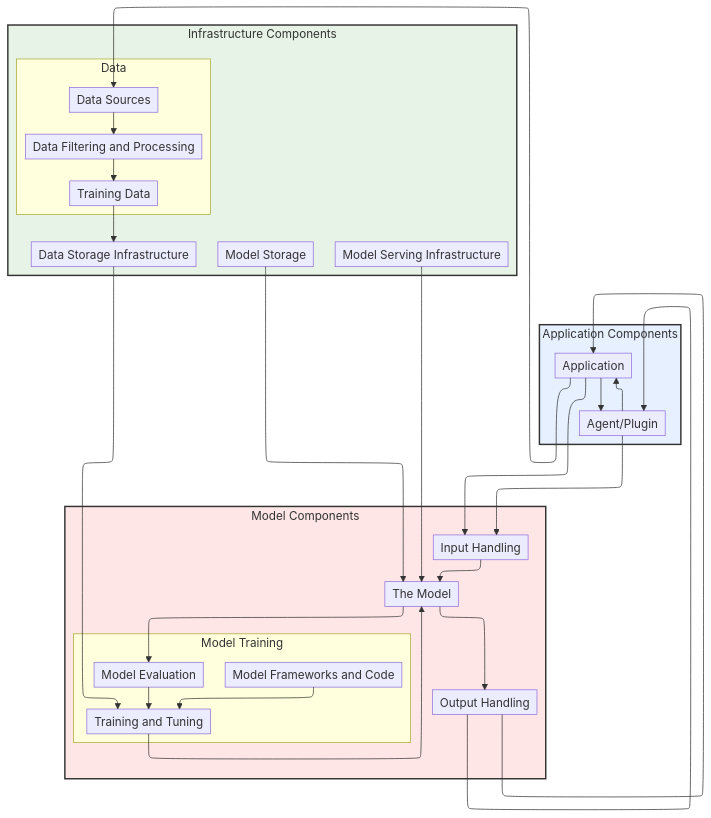
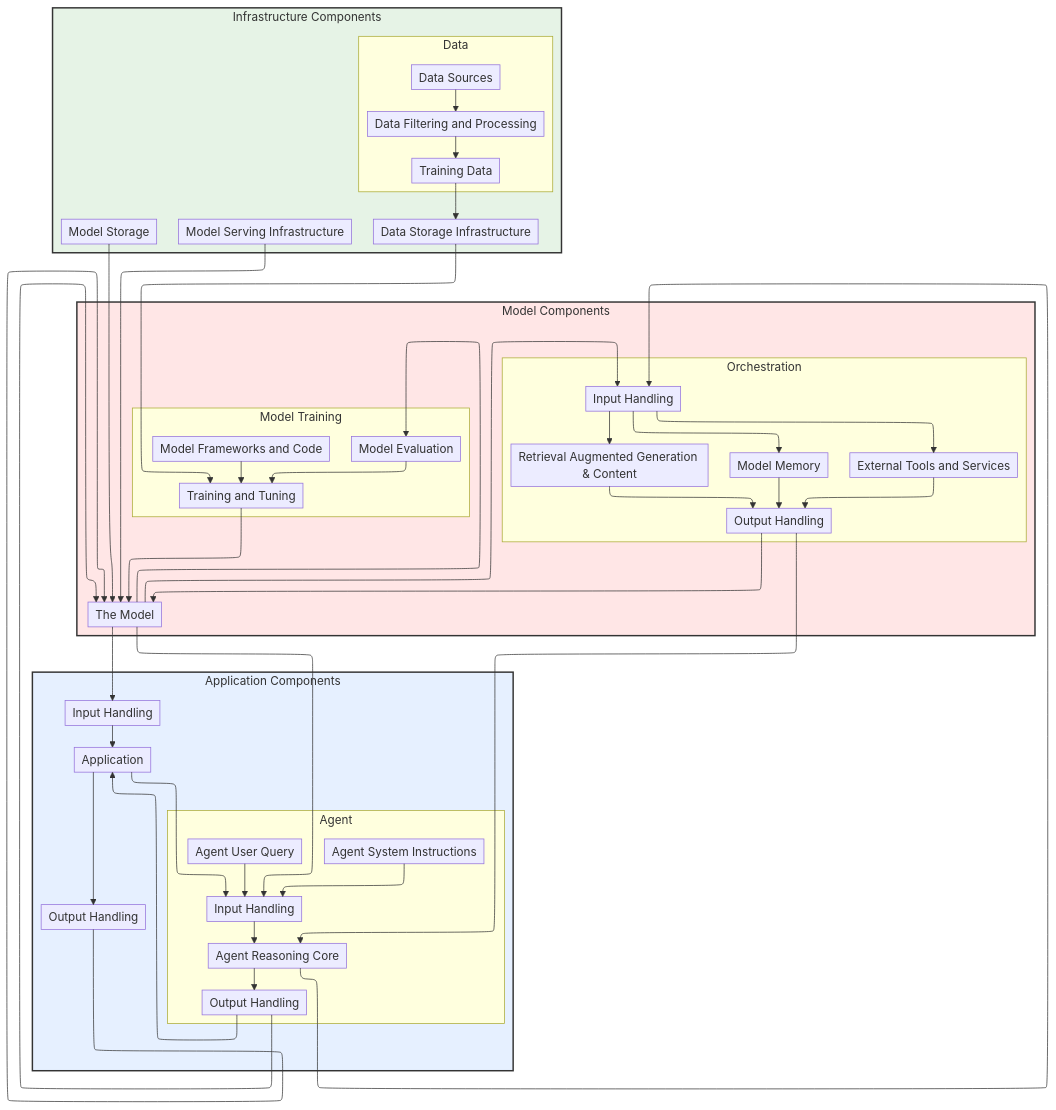
The diagram in risk-map/docs/risk-map-graph.md (davidlabianca/secure-ai-tooling), drawn with Mermaid before and after one commit. The commit also changed 8 other files, not shown here.

Commit message:
Regenerated graphs after rebase on main

```diff
--- a/risk-map/docs/risk-map-graph.md
+++ b/risk-map/docs/risk-map-graph.md
@@ -24,19 +24,32 @@
     end
 
     subgraph componentsModel ["Model Components"]
-        componentInputHandling[Input Handling]
-        componentOutputHandling[Output Handling]
         componentTheModel[The Model]
         subgraph componentsModelTraining ["Model Training"]
             componentModelEvaluation[Model Evaluation]
             componentModelFrameworksAndCode[Model Frameworks and Code]
             componentModelTrainingTuning[Training and Tuning]
         end
+        subgraph componentsOrchestration ["Orchestration"]
+            componentMemory[Model Memory]
+            componentOrchestrationInputHandling[Input Handling]
+            componentOrchestrationOutputHandling[Output Handling]
+            componentRAGContent[Retrieval Augmented Generation & Content]
+            componentTools[External Tools and Services]
+        end
     end
 
     subgraph componentsApplication ["Application Components"]
-        componentAgentPlugin[Agent/Plugin]
         componentApplication[Application]
+        componentApplicationInputHandling[Input Handling]
+        componentApplicationOutputHandling[Output Handling]
+        subgraph componentsAgent ["Agent"]
+            componentAgentInputHandling[Input Handling]
+            componentAgentOutputHandling[Output Handling]
+            componentAgentSystemInstruction[Agent System Instructions]
+            componentAgentUserQuery[Agent User Query]
+            componentReasoningCore[Agent Reasoning Core]
+        end
     end
 
 
@@ -49,16 +62,29 @@
     componentModelTrainingTuning --> componentTheModel
     componentModelStorage --> componentTheModel
     componentModelServing --> componentTheModel
-    componentTheModel --> componentOutputHandling
     componentTheModel --> componentModelEvaluation
-    componentInputHandling --> componentTheModel
-    componentOutputHandling --> componentApplication
-    componentOutputHandling --> componentAgentPlugin
-    componentApplication --> componentInputHandling
-    componentApplication --> componentAgentPlugin
-    componentApplication --> componentDataSources
-    componentAgentPlugin --> componentInputHandling
-    componentAgentPlugin --> componentApplication
+    componentTheModel --> componentAgentInputHandling
+    componentTheModel --> componentApplicationInputHandling
+    componentTheModel --> componentOrchestrationInputHandling
+    componentApplication --> componentApplicationOutputHandling
+    componentApplication --> componentAgentInputHandling
+    componentApplicationOutputHandling --> componentTheModel
+    componentApplicationInputHandling --> componentApplication
+    componentReasoningCore --> componentAgentOutputHandling
+    componentReasoningCore --> componentOrchestrationInputHandling
+    componentOrchestrationOutputHandling --> componentReasoningCore
+    componentOrchestrationOutputHandling --> componentTheModel
+    componentOrchestrationInputHandling --> componentTools
+    componentOrchestrationInputHandling --> componentMemory
+    componentOrchestrationInputHandling --> componentRAGContent
+    componentTools --> componentOrchestrationOutputHandling
+    componentMemory --> componentOrchestrationOutputHandling
+    componentRAGContent --> componentOrchestrationOutputHandling
+    componentAgentUserQuery --> componentAgentInputHandling
+    componentAgentSystemInstruction --> componentAgentInputHandling
+    componentAgentInputHandling --> componentReasoningCore
+    componentAgentOutputHandling --> componentApplication
+    componentAgentOutputHandling --> componentTheModel
 
 %% Node style definitions
     style componentsInfrastructure fill:#e6f3e6,stroke:#333333,stroke-width:2px
```
